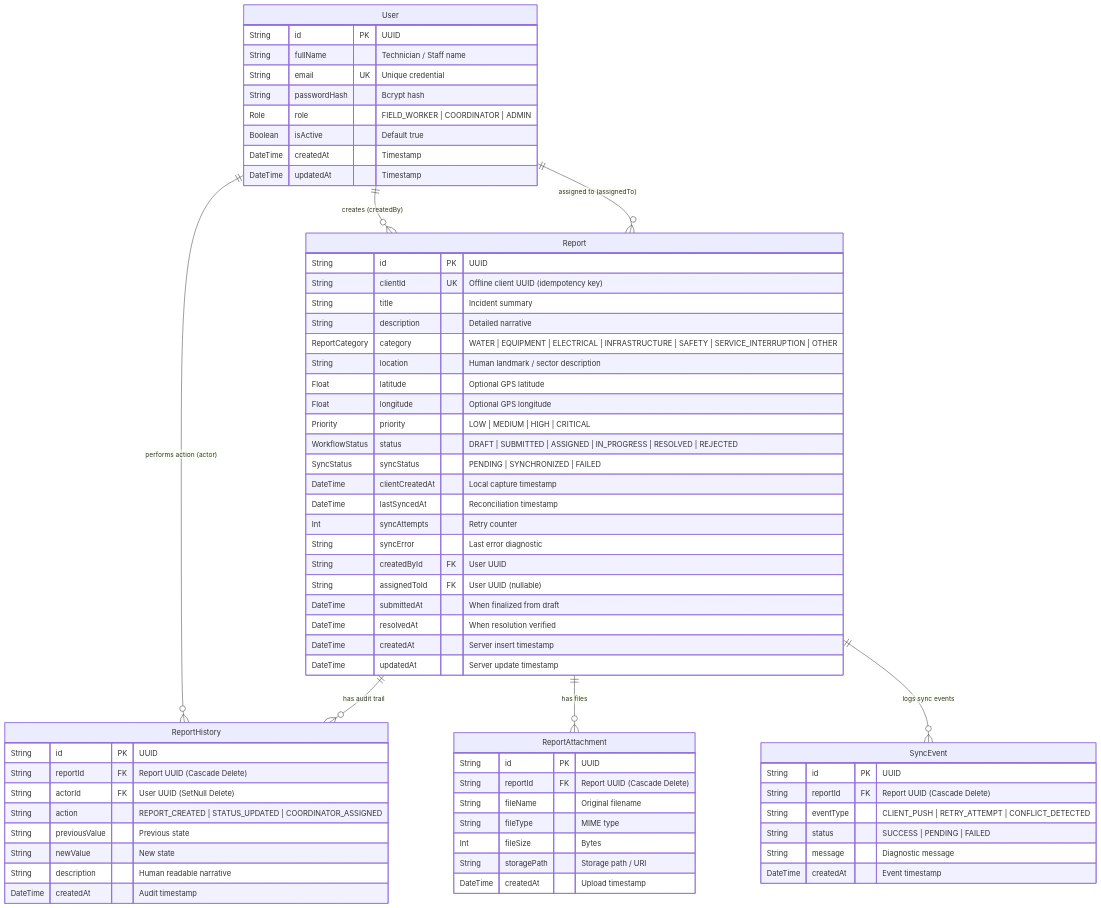
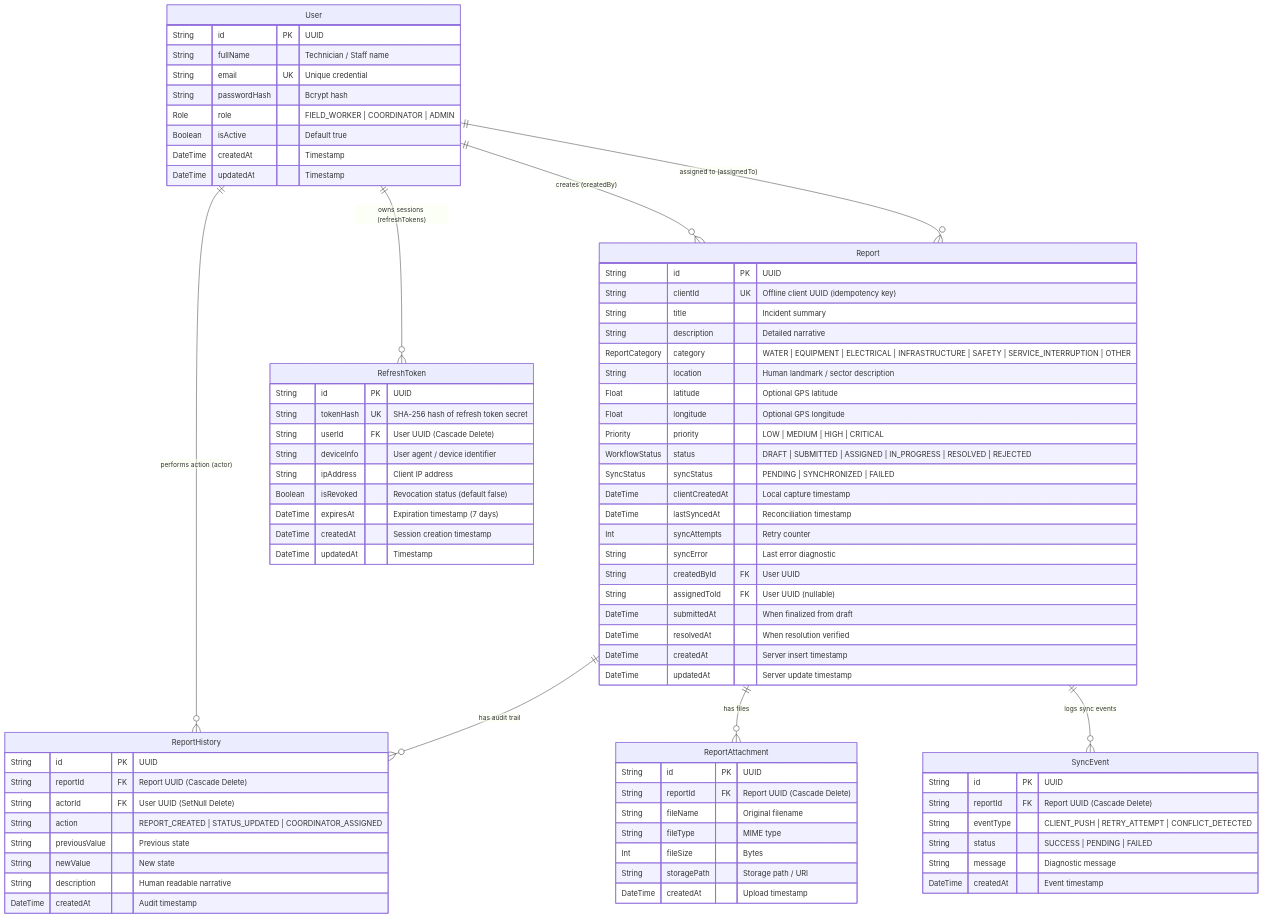
Before and after one commit to gemachistesfaye/FieldTrack: the first of 2 diagrams in docs/DATABASE.md, drawn with Mermaid. The commit also changed other lines of this file and 10 other files, not shown here.

Commit message:
feat(db): add RefreshToken model with SHA-256 vaulting and token rotation

```diff
--- a/docs/DATABASE.md
+++ b/docs/DATABASE.md
@@ -11,6 +11,7 @@
     User ||--o{ Report : "creates (createdBy)"
     User ||--o{ Report : "assigned to (assignedTo)"
     User ||--o{ ReportHistory : "performs action (actor)"
+    User ||--o{ RefreshToken : "owns sessions (refreshTokens)"
     Report ||--o{ ReportHistory : "has audit trail"
     Report ||--o{ ReportAttachment : "has files"
     Report ||--o{ SyncEvent : "logs sync events"
@@ -23,6 +24,18 @@
         Role role "FIELD_WORKER | COORDINATOR | ADMIN"
         Boolean isActive "Default true"
         DateTime createdAt "Timestamp"
+        DateTime updatedAt "Timestamp"
+    }
+
+    RefreshToken {
+        String id PK "UUID"
+        String tokenHash UK "SHA-256 hash of refresh token secret"
+        String userId FK "User UUID (Cascade Delete)"
+        String deviceInfo "User agent / device identifier"
+        String ipAddress "Client IP address"
+        Boolean isRevoked "Revocation status (default false)"
+        DateTime expiresAt "Expiration timestamp (7 days)"
+        DateTime createdAt "Session creation timestamp"
         DateTime updatedAt "Timestamp"
     }
 
```
